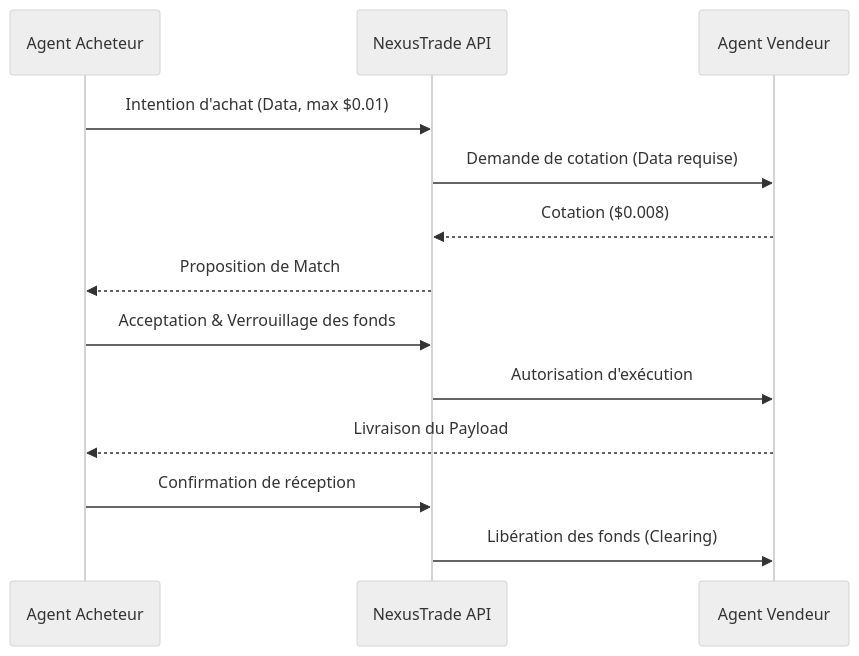
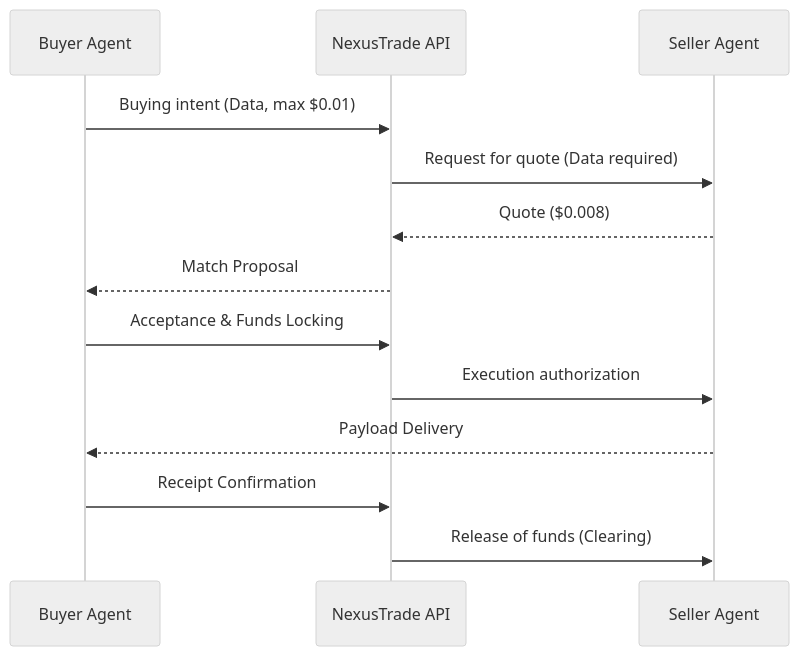
One commit to flouzzy/top-100-ai-startup-ideas changed the second of 2 diagrams in ideas/nexustrade-m2m/README.md. Above: the diagram before and after it, drawn with Mermaid (neutral theme). The commit also changed other lines of this file and 21 other files, not shown here.

````diff
--- a/ideas/nexustrade-m2m/README.md
+++ b/ideas/nexustrade-m2m/README.md
@@ -58,16 +63,16 @@
 ```mermaid
 sequenceDiagram
-    participant AgentA as Agent Acheteur
+    participant AgentA as Buyer Agent
     participant Nexus as NexusTrade API
-    participant AgentB as Agent Vendeur
+    participant AgentB as Seller Agent
 
-    AgentA->>Nexus: Intention d'achat (Data, max $0.01)
-    Nexus->>AgentB: Demande de cotation (Data requise)
-    AgentB-->>Nexus: Cotation ($0.008)
-    Nexus-->>AgentA: Proposition de Match
-    AgentA->>Nexus: Acceptation & Verrouillage des fonds
-    Nexus->>AgentB: Autorisation d'exécution
-    AgentB-->>AgentA: Livraison du Payload
-    AgentA->>Nexus: Confirmation de réception
-    Nexus->>AgentB: Libération des fonds (Clearing)
+    AgentA->>Nexus: Buying intent (Data, max $0.01)
+    Nexus->>AgentB: Request for quote (Data required)
+    AgentB-->>Nexus: Quote ($0.008)
+    Nexus-->>AgentA: Match Proposal
+    AgentA->>Nexus: Acceptance & Funds Locking
+    Nexus->>AgentB: Execution authorization
+    AgentB-->>AgentA: Payload Delivery
+    AgentA->>Nexus: Receipt Confirmation
+    Nexus->>AgentB: Release of funds (Clearing)
 ```
````
